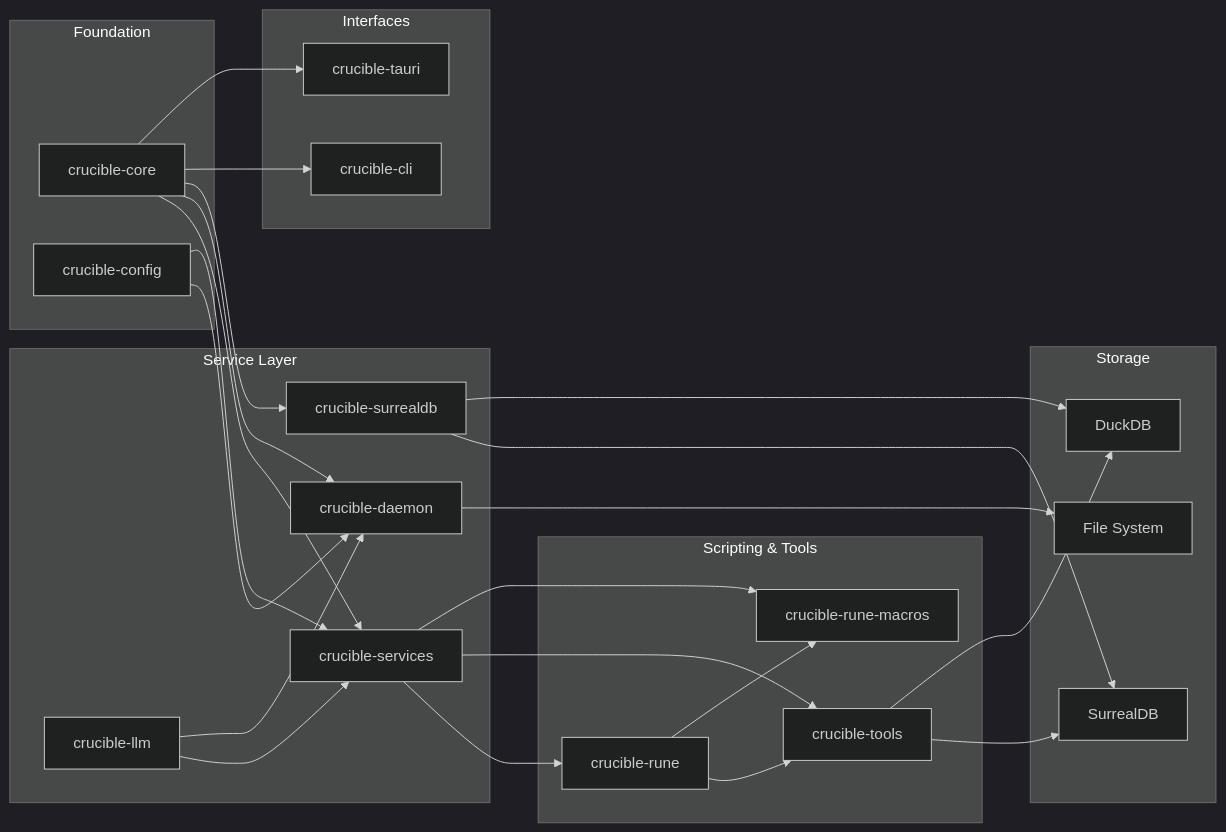
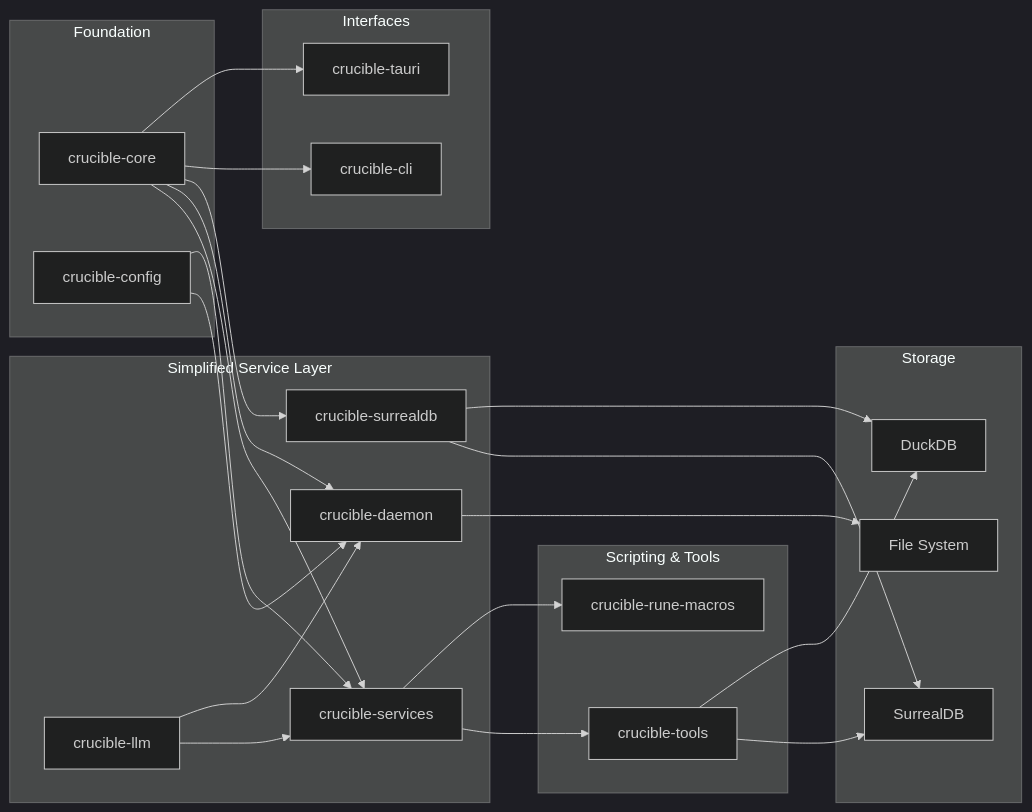
Before and after one commit to Mootikins/crucible: the second of 6 diagrams in docs/ARCHITECTURE.md, drawn with Mermaid (dark theme). The commit also changed other lines of this file and 181 other files, not shown here.

````diff
--- a/docs/ARCHITECTURE.md
+++ b/docs/ARCHITECTURE.md
@@ -84,58 +75,53 @@
 ```mermaid
 graph LR
     subgraph "Foundation"
         A[crucible-core]
         B[crucible-config]
     end
 
-    subgraph "Service Layer"
+    subgraph "Simplified Service Layer"
         C[crucible-services]
         D[crucible-daemon]
         E[crucible-surrealdb]
         F[crucible-llm]
     end
 
     subgraph "Scripting & Tools"
-        G[crucible-rune]
-        H[crucible-tools]
-        I[crucible-rune-macros]
+        G[crucible-tools]
+        H[crucible-rune-macros]
     end
 
     subgraph "Interfaces"
-        J[crucible-cli]
-        K[crucible-tauri]
+        I[crucible-cli]
+        J[crucible-tauri]
     end
 
     subgraph "Storage"
-        L[SurrealDB]
-        M[DuckDB]
-        N[File System]
+        K[SurrealDB]
+        L[DuckDB]
+        M[File System]
     end
 
     A --> C
     A --> D
     A --> E
+    A --> I
     A --> J
-    A --> K
 
     B --> D
     B --> C
 
     C --> G
     C --> H
-    C --> I
 
     F --> C
     F --> D
 
-    G --> H
-    G --> I
+    E --> K
+    E --> L
 
-    E --> L
-    E --> M
+    D --> M
 
-    D --> N
-
-    H --> L
-    H --> M
+    G --> K
+    G --> L
 ```
````
